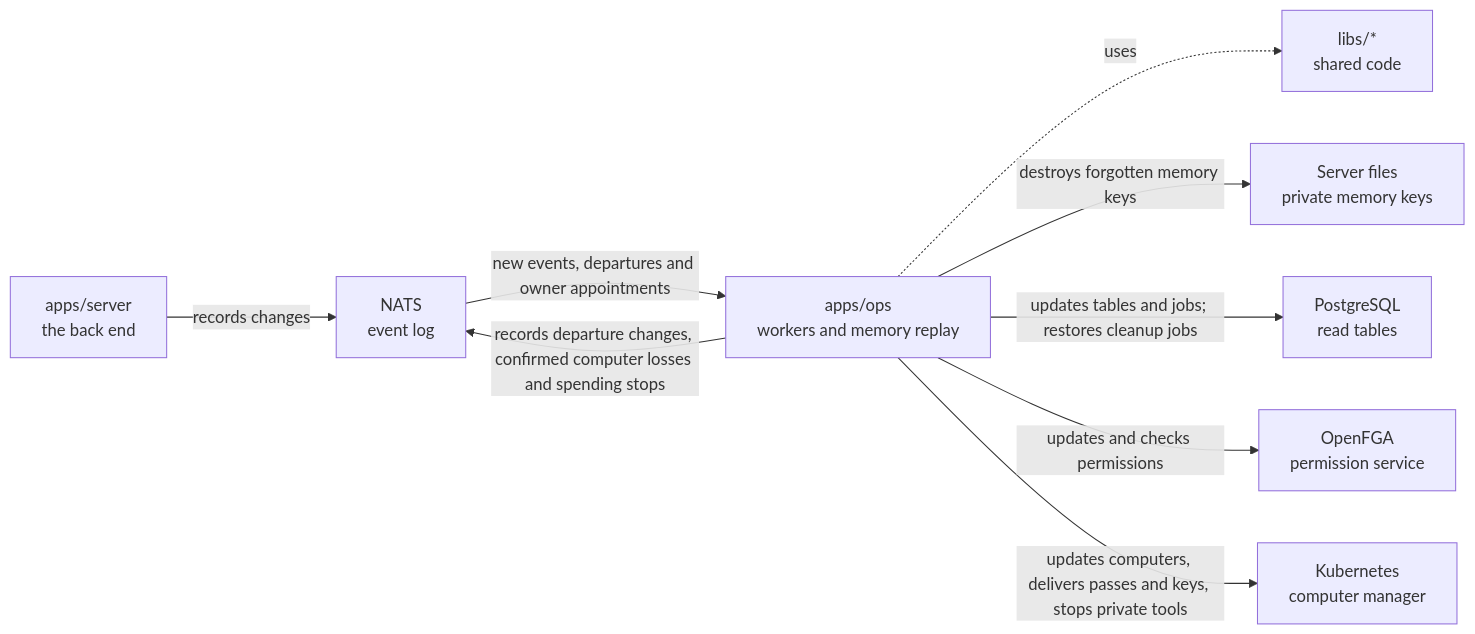
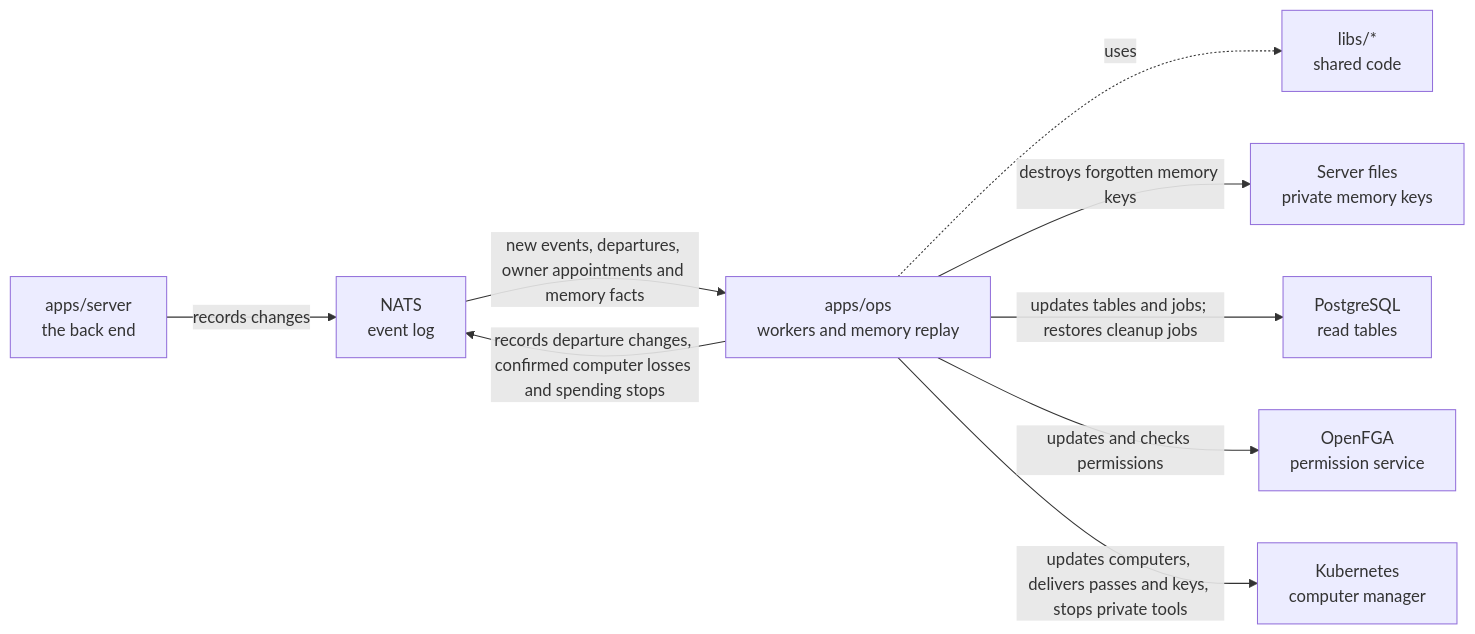
Before and after one commit to elewa-git/opencrane-new: the diagram in apps/ops/README.md, drawn with Mermaid. The commit also changed other lines of this file and 19 other files, not shown here.

````diff
--- a/apps/ops/README.md
+++ b/apps/ops/README.md
@@ -11,11 +11,11 @@
 ```mermaid
 flowchart LR
   server["apps/server<br/>the back end"] -->|records changes| nats["NATS<br/>event log"]
-  nats -->|new events, departures and owner appointments| ops["apps/ops<br/>workers and memory replay"]
+  nats -->|new events, departures, owner appointments and memory facts| ops["apps/ops<br/>workers and memory replay"]
   ops -->|records departure changes, confirmed computer losses and spending stops| nats
   ops -.->|uses| libs["libs/*<br/>shared code"]
   ops -->|destroys forgotten memory keys| keys["Server files<br/>private memory keys"]
   ops -->|updates tables and jobs; restores cleanup jobs| postgres["PostgreSQL<br/>read tables"]
   ops -->|updates and checks permissions| fga["OpenFGA<br/>permission service"]
   ops -->|updates computers, delivers passes and keys, stops private tools| kube["Kubernetes<br/>computer manager"]
 ```
````
